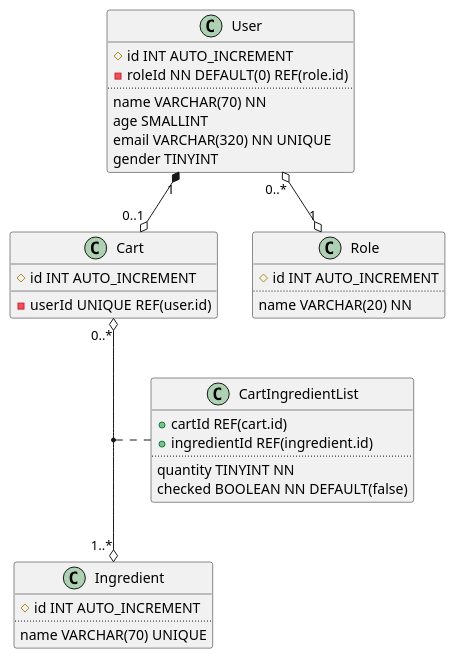
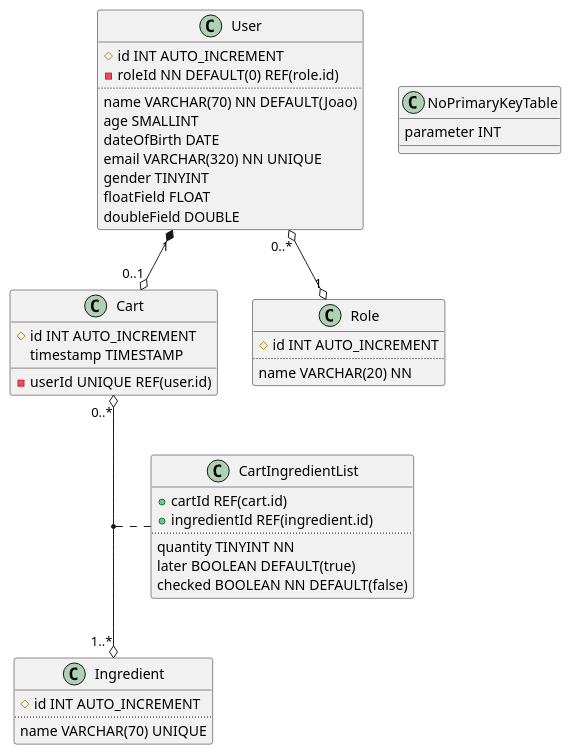
One commit to JWebCoder/plantuml2mysql changed the diagram in database.md. Above: the diagram before and after it, drawn with PlantUML. The commit also changed 4 other files, not shown here.

````diff
--- a/database.md
+++ b/database.md
@@ -1,46 +1,55 @@
 ```plantuml
 @startuml database diagram
   class Cart {
     #id INT AUTO_INCREMENT
     -userId UNIQUE REF(user.id)
+    timestamp TIMESTAMP
   }
 
   class CartIngredientList {
     +cartId REF(cart.id)
     +ingredientId REF(ingredient.id)
     ..
     quantity TINYINT NN
+    later BOOLEAN DEFAULT(true)
     checked BOOLEAN NN DEFAULT(false)
   }
 
   class Ingredient {
     #id INT AUTO_INCREMENT
     ..
     name VARCHAR(70) UNIQUE
   }
   
   class User {
     #id INT AUTO_INCREMENT
     -roleId NN DEFAULT(0) REF(role.id)
     ..
-    name VARCHAR(70) NN
+    name VARCHAR(70) NN DEFAULT(Joao)
     age SMALLINT
+    dateOfBirth DATE
     email VARCHAR(320) NN UNIQUE
     gender TINYINT
+    floatField FLOAT
+    doubleField DOUBLE
   }
   
   class Role {
     #id INT AUTO_INCREMENT
     ..
     name VARCHAR(20) NN
+  }
+
+  class NoPrimaryKeyTable {
+    parameter INT
   }
   
   User "0..*" o--o "1" Role
 
   User "1" *--o "0..1" Cart
 
   Cart "0..*" o--o "1..*" Ingredient
   (Cart, Ingredient) .. CartIngredientList
 
 @enduml
 ```
````
